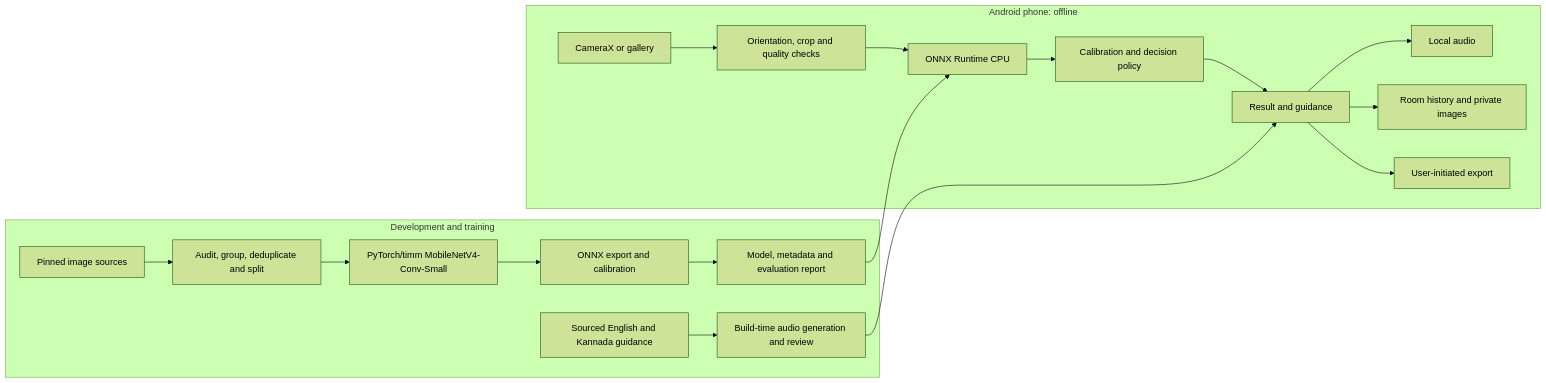
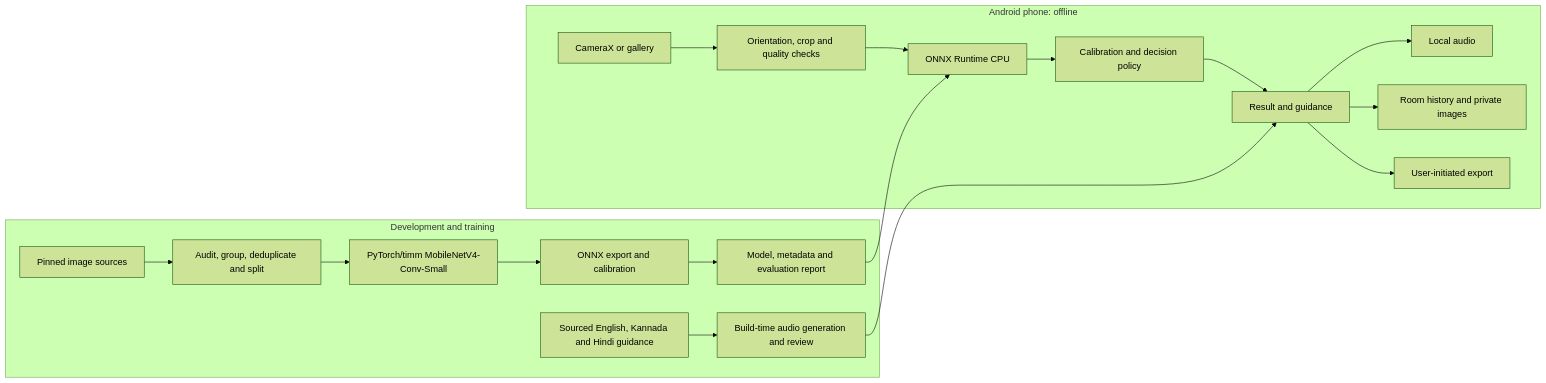
One commit to salecha-codes/Build_Beyond changed the diagram in docs/ARCHITECTURE.md. Above: the diagram before and after it, drawn with Mermaid (forest theme). The commit also changed other lines of this file and 59 other files, not shown here.

Commit message:
Add Hindi interface, guidance and offline neural narration

````diff
--- a/docs/ARCHITECTURE.md
+++ b/docs/ARCHITECTURE.md
@@ -29,21 +29,21 @@
 ```mermaid
 flowchart LR
   subgraph Development[Development and training]
     A[Pinned image sources] --> B[Audit, group, deduplicate and split]
     B --> C[PyTorch/timm MobileNetV4-Conv-Small]
     C --> D[ONNX export and calibration]
     D --> E[Model, metadata and evaluation report]
-    F[Sourced English and Kannada guidance] --> G[Build-time audio generation and review]
+    F[Sourced English, Kannada and Hindi guidance] --> G[Build-time audio generation and review]
   end
   subgraph Phone[Android phone: offline]
     H[CameraX or gallery] --> I[Orientation, crop and quality checks]
     I --> J[ONNX Runtime CPU]
     J --> K[Calibration and decision policy]
     K --> L[Result and guidance]
     G --> L
     E --> J
     L --> M[Local audio]
     L --> N[Room history and private images]
     L --> O[User-initiated export]
   end
 ```
````
